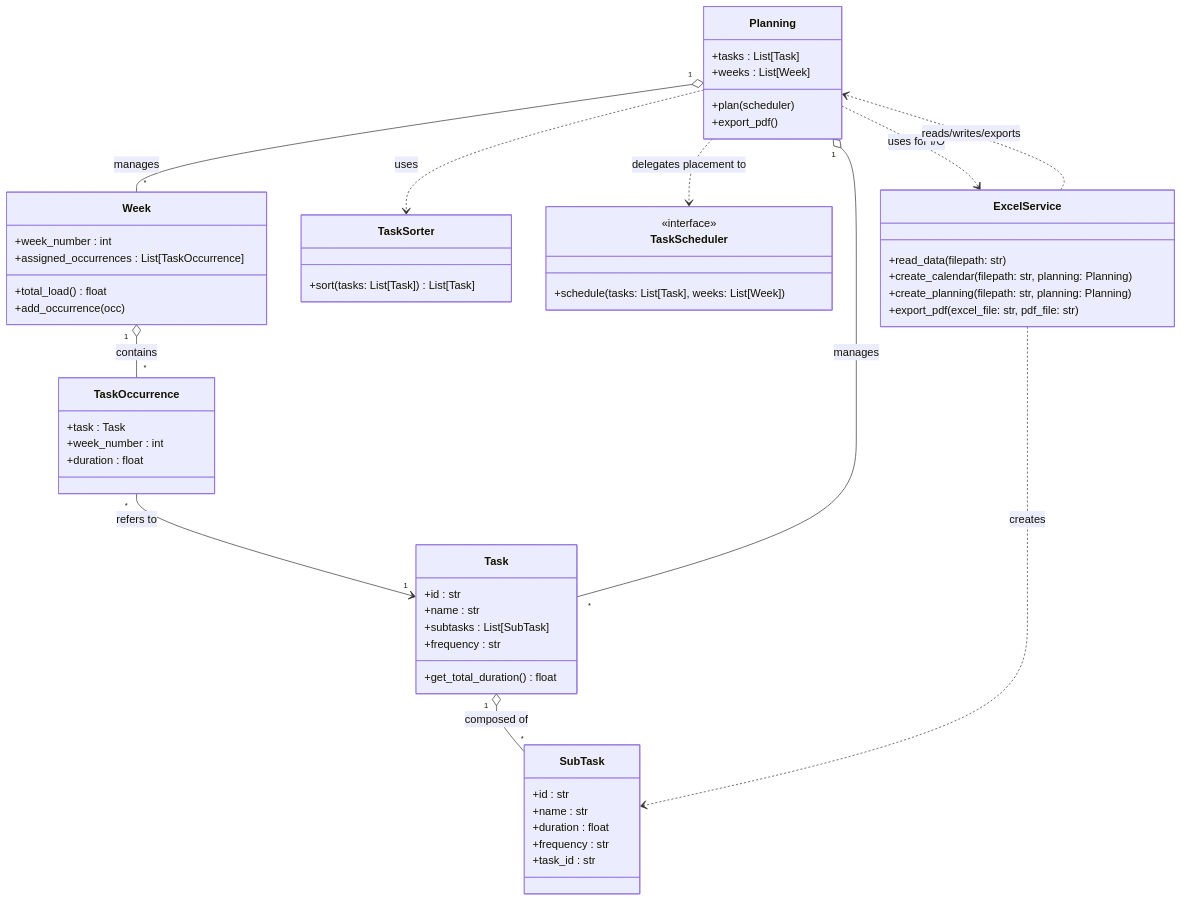
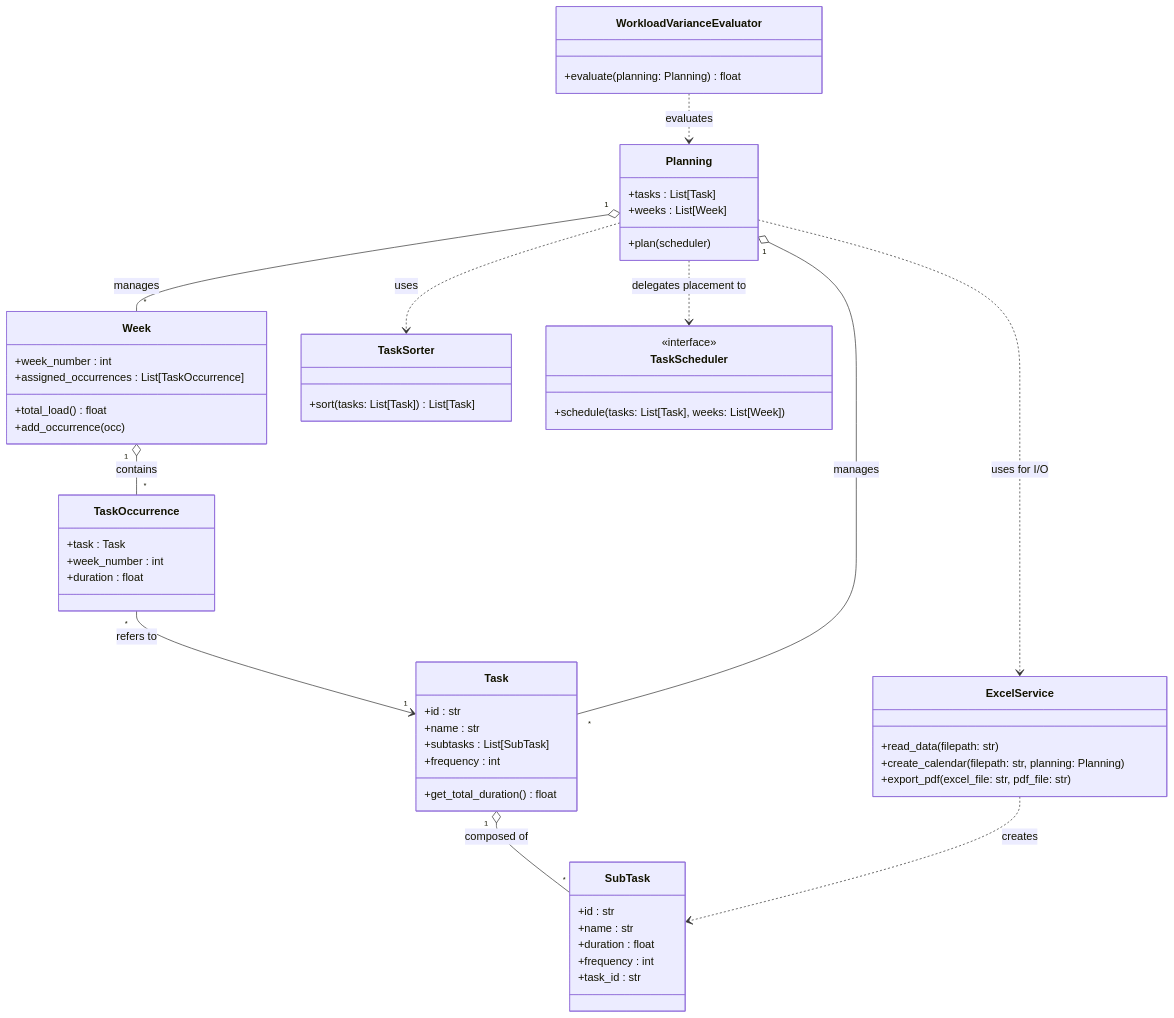
Before and after one commit to Orpheus76/preventive-maintenance-scheduler: the diagram in README.md, drawn with Mermaid. The commit also changed other lines of this file, not shown here.

Commit message:
docs: update architecture diagram and SOLID principles to reflect Evaluator extraction

````diff
--- a/README.md
+++ b/README.md
@@ -18,59 +22,60 @@
 ```mermaid
 classDiagram
     class SubTask {
         +id : str
         +name : str
         +duration : float
-        +frequency : str
+        +frequency : int
         +task_id : str
     }
     class Task {
         +id : str
         +name : str
         +subtasks : List[SubTask]
-        +frequency : str
+        +frequency : int
         +get_total_duration() float
     }
     class TaskOccurrence {
         +task : Task
         +week_number : int
         +duration : float
     }
     class Week {
         +week_number : int
         +assigned_occurrences : List[TaskOccurrence]
         +total_load() float
         +add_occurrence(occ)
     }
     class Planning {
         +tasks : List[Task]
         +weeks : List[Week]
         +plan(scheduler)
-        +export_pdf()
     }
     class TaskSorter {
         +sort(tasks: List[Task]) List[Task]
     }
     class TaskScheduler {
         <<interface>>
         +schedule(tasks: List[Task], weeks: List[Week])
     }
+    class WorkloadVarianceEvaluator {
+        +evaluate(planning: Planning) float
+    }
     class ExcelService {
         +read_data(filepath: str)
         +create_calendar(filepath: str, planning: Planning)
-        +create_planning(filepath: str, planning: Planning)
         +export_pdf(excel_file: str, pdf_file: str)
     }
 
     Task "1" o-- "*" SubTask : composed of
     TaskOccurrence "*" --> "1" Task : refers to
     Week "1" o-- "*" TaskOccurrence : contains
     Planning "1" o-- "*" Task : manages
     Planning "1" o-- "*" Week : manages
 
     Planning ..> TaskSorter : uses
     Planning ..> TaskScheduler : delegates placement to
+    WorkloadVarianceEvaluator ..> Planning : evaluates
     Planning ..> ExcelService : uses for I/O
     ExcelService ..> SubTask : creates
-    ExcelService ..> Planning : reads/writes/exports
 ```
````
